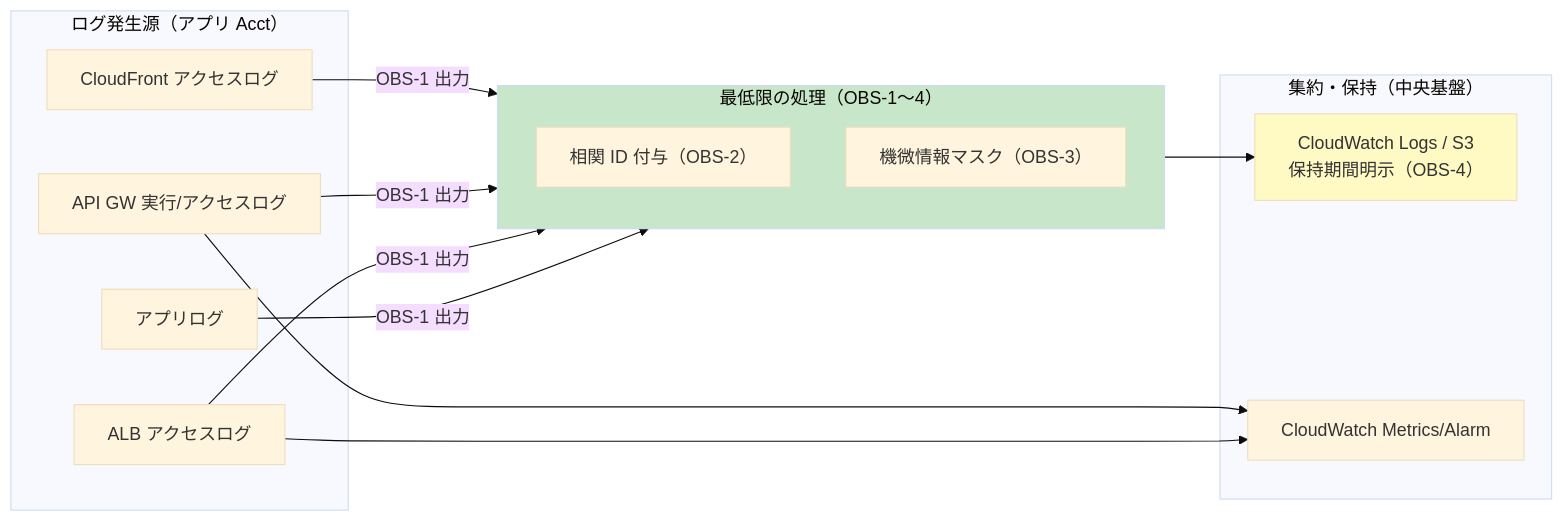
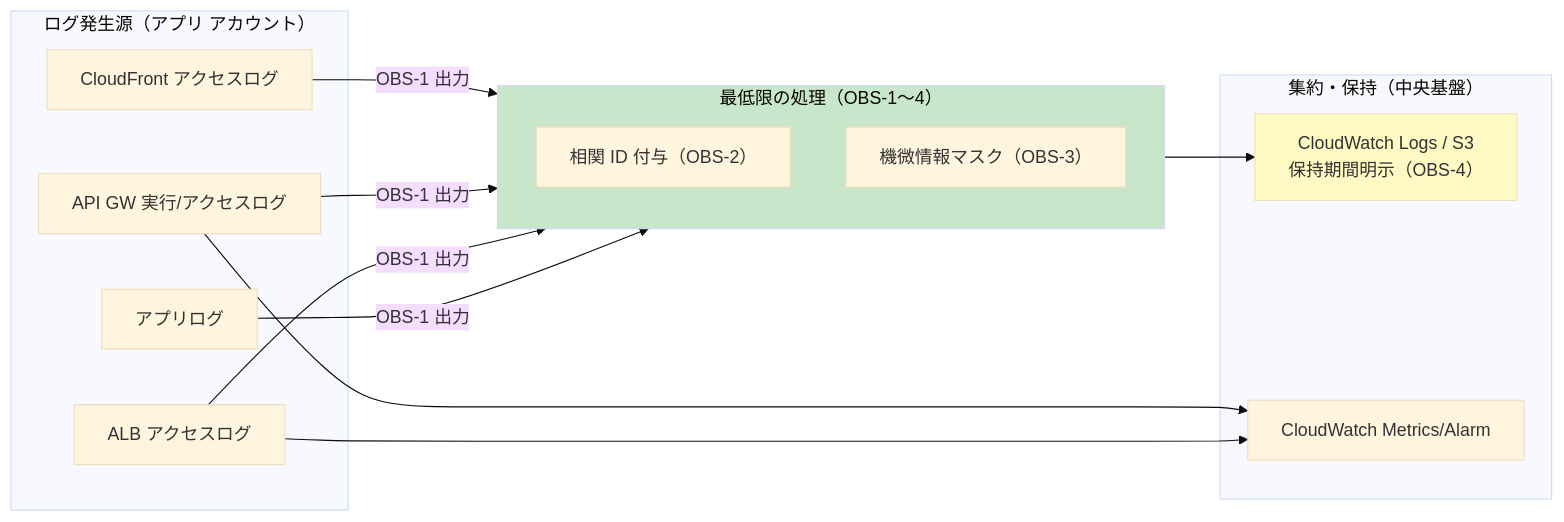
Before and after one commit to suepie/aws-atuh-poc: the diagram in doc/api-platform/basic-design/06-logging-monitoring.md, drawn with Mermaid (base theme). The commit also changed other lines of this file and 29 other files, not shown here.

````diff
--- a/doc/api-platform/basic-design/06-logging-monitoring.md
+++ b/doc/api-platform/basic-design/06-logging-monitoring.md
@@ -41,22 +41,22 @@
 ```mermaid
 flowchart LR
-    subgraph Src["ログ発生源（アプリ Acct）"]
+    subgraph Src["ログ発生源（アプリ アカウント）"]
         CF["CloudFront アクセスログ"]
         GW["API GW 実行/アクセスログ"]
         ALB["ALB アクセスログ"]
         APP["アプリログ"]
     end
     subgraph Min["最低限の処理（OBS-1〜4）"]
         ID["相関 ID 付与（OBS-2）"]
         MASK["機微情報マスク（OBS-3）"]
     end
     subgraph Sink["集約・保持（中央基盤）"]
         CWL["CloudWatch Logs / S3<br/>保持期間明示（OBS-4）"]
         MET["CloudWatch Metrics/Alarm"]
     end
     CF & GW & ALB & APP -->|OBS-1 出力| Min
     Min --> CWL
     GW & ALB --> MET
     style Min fill:#c8e6c9
     style CWL fill:#fff9c4
 ```
````
